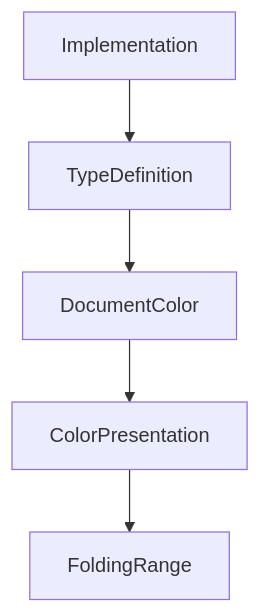
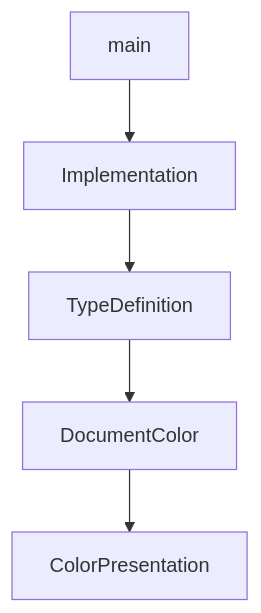
Before and after one commit to johnxie/awesome-code-docs: the diagram in tutorials/opencode-ai-legacy-tutorial/01-getting-started-and-project-status.md, drawn with Mermaid. The commit also changed other lines of this file and 1232 other files, not shown here.

````diff
--- a/tutorials/opencode-ai-legacy-tutorial/01-getting-started-and-project-status.md
+++ b/tutorials/opencode-ai-legacy-tutorial/01-getting-started-and-project-status.md
@@ -209,12 +190,12 @@
 ```mermaid
 flowchart TD
-    A[Implementation]
-    B[TypeDefinition]
-    C[DocumentColor]
-    D[ColorPresentation]
-    E[FoldingRange]
+    A[main]
+    B[Implementation]
+    C[TypeDefinition]
+    D[DocumentColor]
+    E[ColorPresentation]
     A --> B
     B --> C
     C --> D
     D --> E
 ```
````
